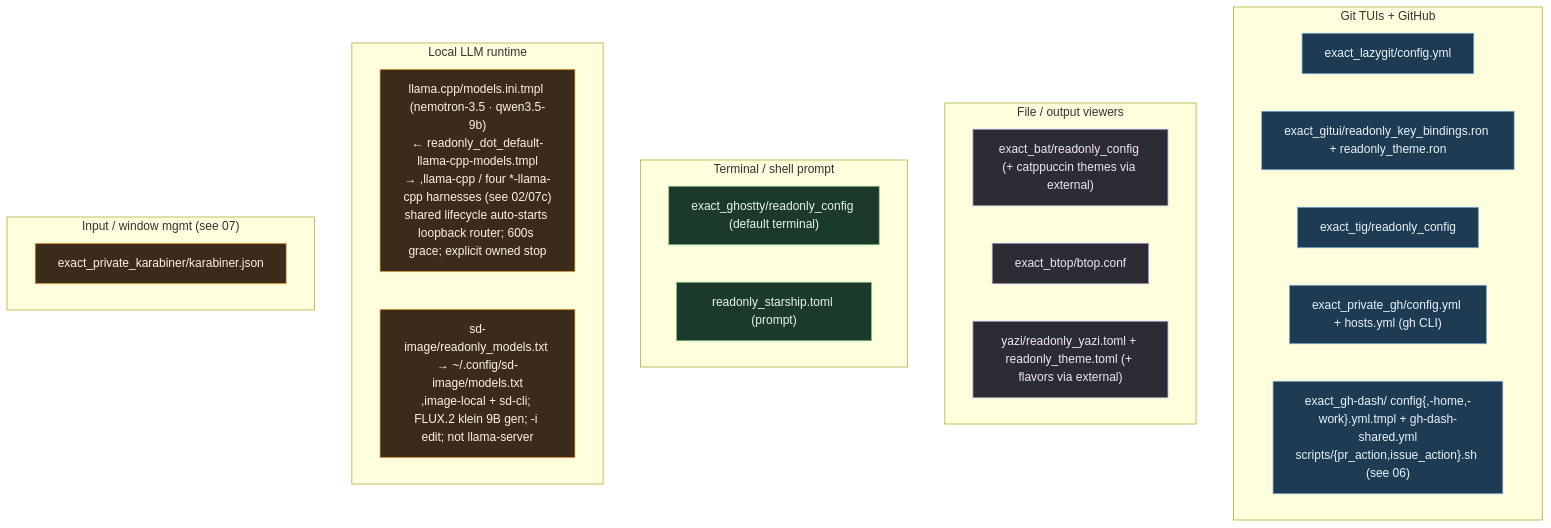
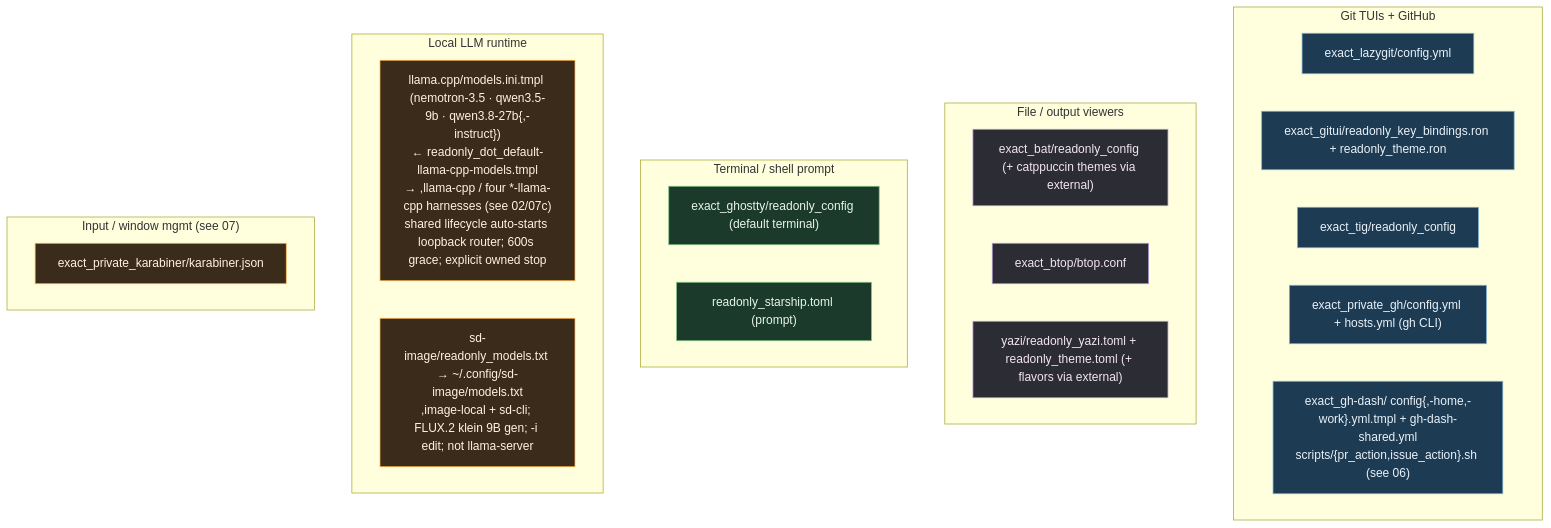
The diagram in .mermaids/13-app-configs.mmd (kapral18/dotfiles), drawn with Mermaid before and after one commit. The commit also changed 32 other files, not shown here.

Commit message:
feat(omp): switch OMP modelRoles to Cursor and Codex backends, add Qwen3.8-27b models

```diff
--- a/.mermaids/13-app-configs.mmd
+++ b/.mermaids/13-app-configs.mmd
@@ -1,38 +1,38 @@
 %% ============================================================================
 %% 13-app-configs.mmd — Remaining standalone app configs in home/dot_config/
 %% (and a couple elsewhere) not covered by tmux(05)/nvim(07b)/ai(12)/fish(07).
 %% Each → ~/.config/<app>/. readonly_ = r--r--r--; .tmpl = isWork-aware.
 %% ============================================================================
 flowchart TB
     classDef git fill:#1d3b53,stroke:#7fb3d5,color:#eaf2f8;
     classDef view fill:#2c2c34,stroke:#b39ddb,color:#f3e5f5;
     classDef term fill:#1b3a2b,stroke:#81c784,color:#e8f5e9;
     classDef misc fill:#3a2b1b,stroke:#ffb74d,color:#fff3e0;
 
     subgraph GIT["Git TUIs + GitHub"]
         LAZY["exact_lazygit/config.yml"]:::git
         GITUI["exact_gitui/readonly_key_bindings.ron + readonly_theme.ron"]:::git
         TIG["exact_tig/readonly_config"]:::git
         GHCLI["exact_private_gh/config.yml + hosts.yml (gh CLI)"]:::git
         GHDASH["exact_gh-dash/ config{,-home,-work}.yml.tmpl + gh-dash-shared.yml<br/>scripts/{pr_action,issue_action}.sh (see 06)"]:::git
     end
 
     subgraph VIEWERS["File / output viewers"]
         BAT["exact_bat/readonly_config (+ catppuccin themes via external)"]:::view
         BTOP["exact_btop/btop.conf"]:::view
         YAZI["yazi/readonly_yazi.toml + readonly_theme.toml (+ flavors via external)"]:::view
     end
 
     subgraph TERMSH["Terminal / shell prompt"]
         GHOSTTY["exact_ghostty/readonly_config (default terminal)"]:::term
         STAR["readonly_starship.toml (prompt)"]:::term
     end
 
     subgraph LOCALAI["Local LLM runtime"]
-        LLAMA["llama.cpp/models.ini.tmpl (nemotron-3.5 · qwen3.5-9b)<br/>← readonly_dot_default-llama-cpp-models.tmpl<br/>→ ,llama-cpp / four *-llama-cpp harnesses (see 02/07c)<br/>shared lifecycle auto-starts loopback router; 600s grace; explicit owned stop"]:::misc
+        LLAMA["llama.cpp/models.ini.tmpl (nemotron-3.5 · qwen3.5-9b · qwen3.8-27b{,-instruct})<br/>← readonly_dot_default-llama-cpp-models.tmpl<br/>→ ,llama-cpp / four *-llama-cpp harnesses (see 02/07c)<br/>shared lifecycle auto-starts loopback router; 600s grace; explicit owned stop"]:::misc
         SDIMAGE["sd-image/readonly_models.txt → ~/.config/sd-image/models.txt<br/>,image-local + sd-cli; FLUX.2 klein 9B gen; -i edit; not llama-server"]:::misc
     end
 
     subgraph INPUT["Input / window mgmt (see 07)"]
         KARA["exact_private_karabiner/karabiner.json"]:::misc
     end
```
